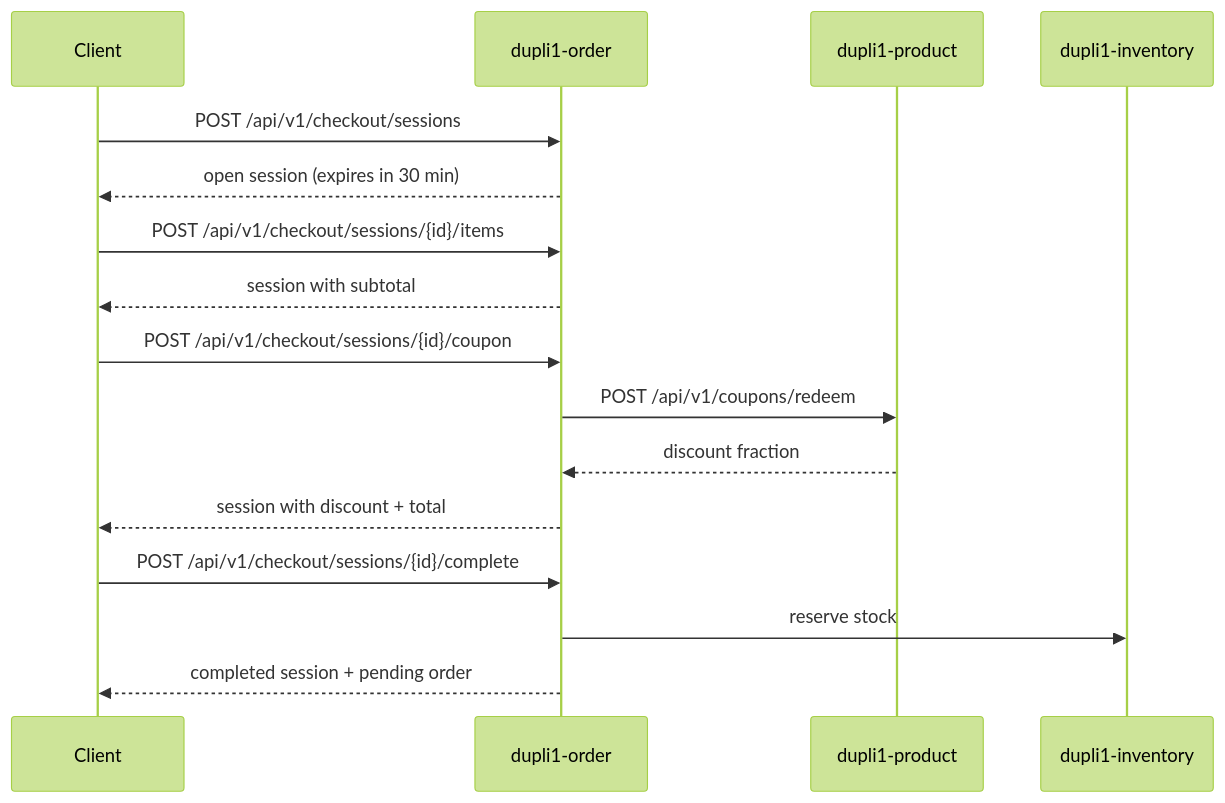
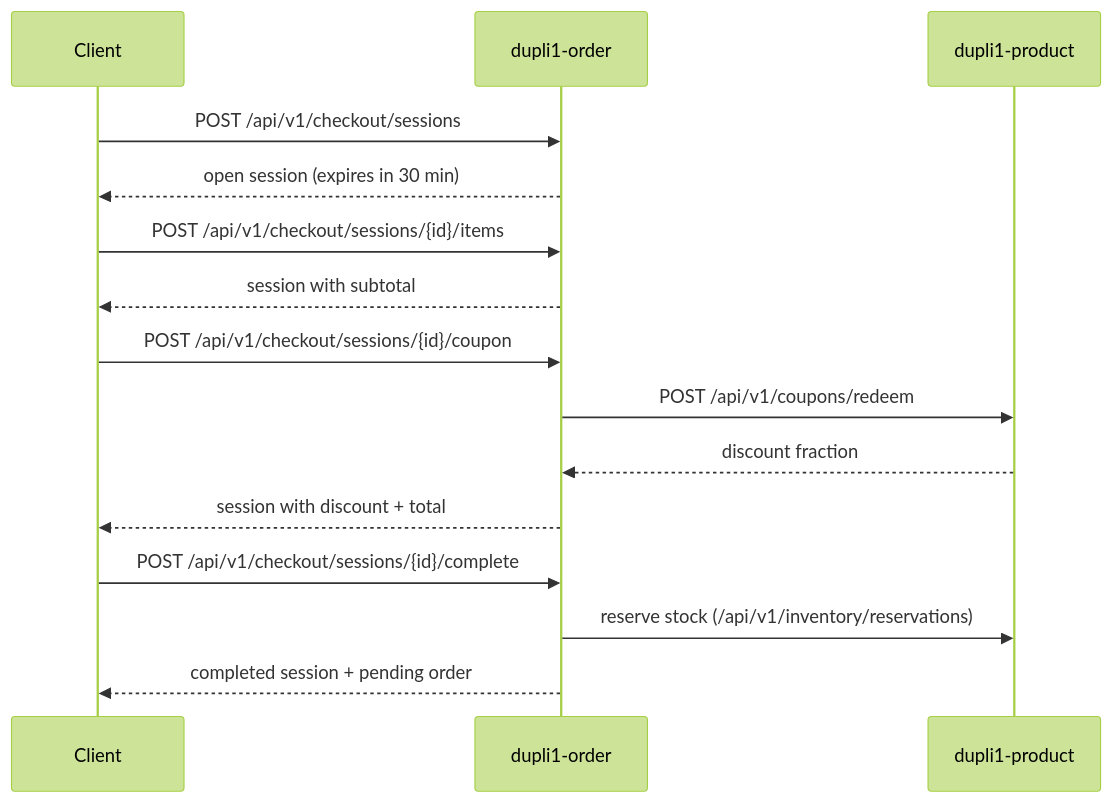
The diagram in docs/checkout-session.md (elug3/dupli1), drawn with Mermaid (forest theme) before and after one commit. The commit also changed other lines of this file and 5 other files, not shown here.

````diff
--- a/docs/checkout-session.md
+++ b/docs/checkout-session.md
@@ -13,22 +13,21 @@
 ```mermaid
 sequenceDiagram
     participant Client
     participant Order as dupli1-order
     participant Product as dupli1-product
-    participant Inventory as dupli1-inventory
 
     Client->>Order: POST /api/v1/checkout/sessions
     Order-->>Client: open session (expires in 30 min)
 
     Client->>Order: POST /api/v1/checkout/sessions/{id}/items
     Order-->>Client: session with subtotal
 
     Client->>Order: POST /api/v1/checkout/sessions/{id}/coupon
     Order->>Product: POST /api/v1/coupons/redeem
     Product-->>Order: discount fraction
     Order-->>Client: session with discount + total
 
     Client->>Order: POST /api/v1/checkout/sessions/{id}/complete
-    Order->>Inventory: reserve stock
+    Order->>Product: reserve stock (/api/v1/inventory/reservations)
     Order-->>Client: completed session + pending order
 ```
````
